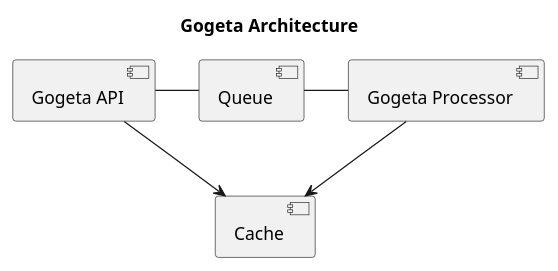
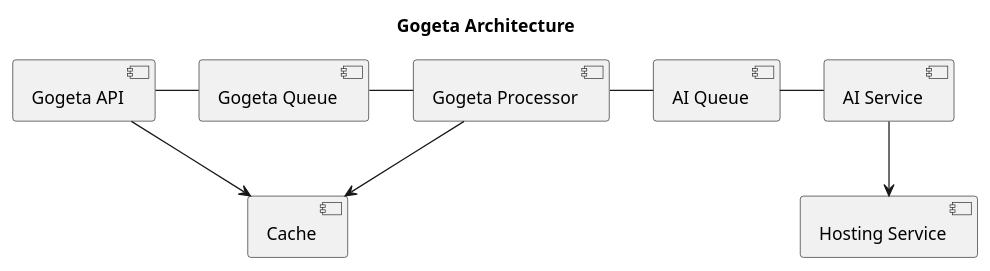
Before and after one commit to 1612180/gogeta: the diagram in 1.puml, drawn with PlantUML.

```diff
--- a/1.puml
+++ b/1.puml
@@ -1,16 +1,23 @@
 @startuml
 
 title Gogeta Architecture
 
 [Gogeta API] as api
 [Cache] as cache
-[Queue] as queue
+[Gogeta Queue] as gogeta_queue
 [Gogeta Processor] as processor
+[AI Queue] as ai_queue
+[AI Service] as ai_service
+[Hosting Service] as hosting_service
 
-api - queue
+api - gogeta_queue
 api --> cache
 
-queue - processor
+gogeta_queue - processor
 processor --> cache
+processor - ai_queue 
+
+ai_queue - ai_service
+ai_service --> hosting_service
 
 @enduml
```
